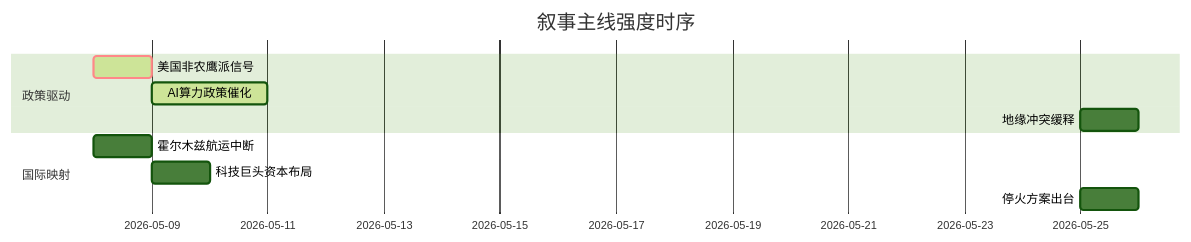
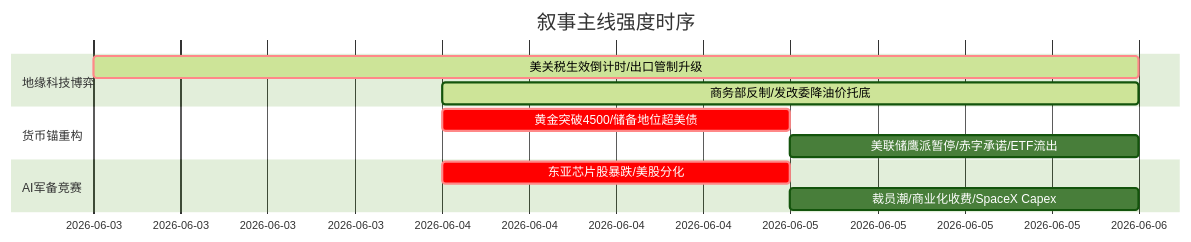
The diagram in 5day_report.md (uu5zn/uu5zn.github.io), drawn with Mermaid (forest theme) before and after one commit. The commit also changed other lines of this file and 18 other files, not shown here.

````diff
--- a/5day_report.md
+++ b/5day_report.md
@@ -64,14 +56,16 @@
 ```mermaid
 gantt
     title 叙事主线强度时序
     dateFormat  YYYY-MM-DD
-    section 政策驱动
-    美国非农鹰派信号   :crit, active, 2026-05-08, 1d
-    AI算力政策催化     :active, 2026-05-09, 2d
-    地缘冲突缓释       :2026-05-25, 1d
-
-    section 国际映射
-    霍尔木兹航运中断   :2026-05-08, 1d
-    科技巨头资本布局   :2026-05-09, 1d
-    停火方案出台       :2026-05-25, 1d
+    section 地缘科技博弈
+    美关税生效倒计时/出口管制升级    :crit, active, 2026-06-03, 3d
+    商务部反制/发改委降油价托底       :active, 2026-06-04, 2d
+    
+    section 货币锚重构
+    黄金突破4500/储备地位超美债       :crit, 2026-06-04, 1d
+    美联储鹰派暂停/赤字承诺/ETF流出   :2026-06-05, 1d
+    
+    section AI军备竞赛
+    东亚芯片股暴跌/美股分化           :crit, 2026-06-04, 1d
+    裁员潮/商业化收费/SpaceX Capex     :2026-06-05, 1d
 ```
````
